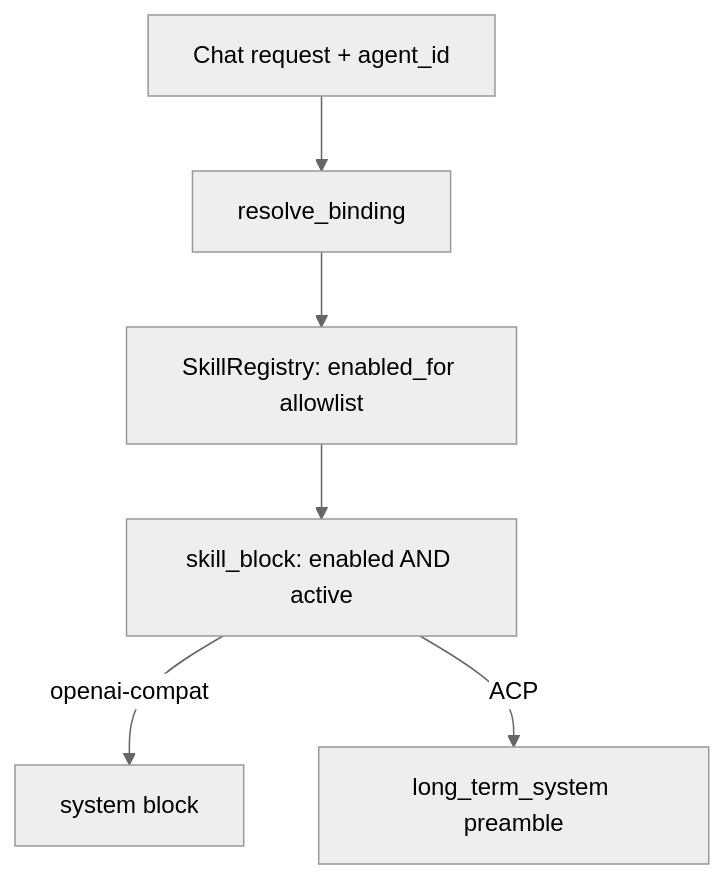
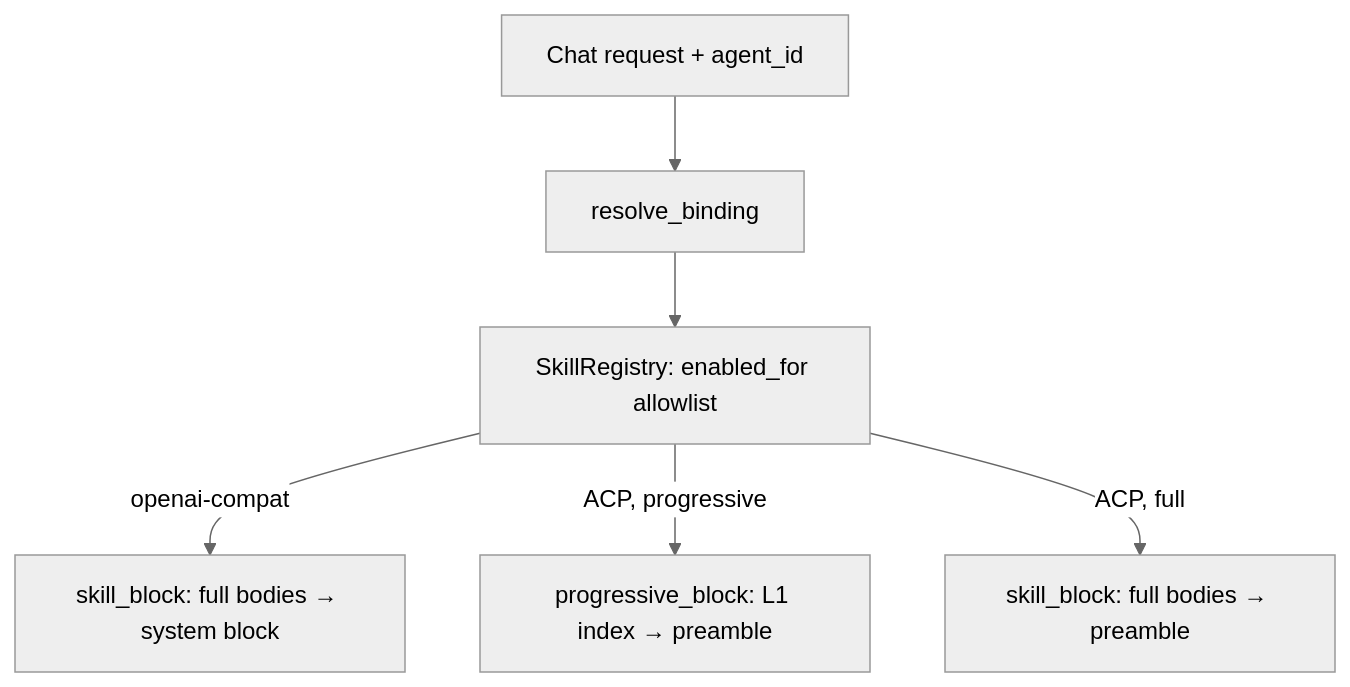
One commit to amajorai/ryu changed the diagram in apps/fumadocs/content/docs/core/skills-catalog.mdx. Above: the diagram before and after it, drawn with Mermaid (neutral theme). The commit also changed other lines of this file and 216 other files, not shown here.

````diff
--- a/apps/fumadocs/content/docs/core/skills-catalog.mdx
+++ b/apps/fumadocs/content/docs/core/skills-catalog.mdx
@@ -99,8 +101,8 @@
 ```mermaid
 flowchart TD
   A[Chat request + agent_id] --> B[resolve_binding]
   B --> C[SkillRegistry: enabled_for allowlist]
-  C --> D[skill_block: enabled AND active]
-  D -->|openai-compat| E[system block]
-  D -->|ACP| F[long_term_system preamble]
+  C -->|openai-compat| E[skill_block: full bodies → system block]
+  C -->|ACP, progressive| F[progressive_block: L1 index → preamble]
+  C -->|ACP, full| G[skill_block: full bodies → preamble]
 ```
````
